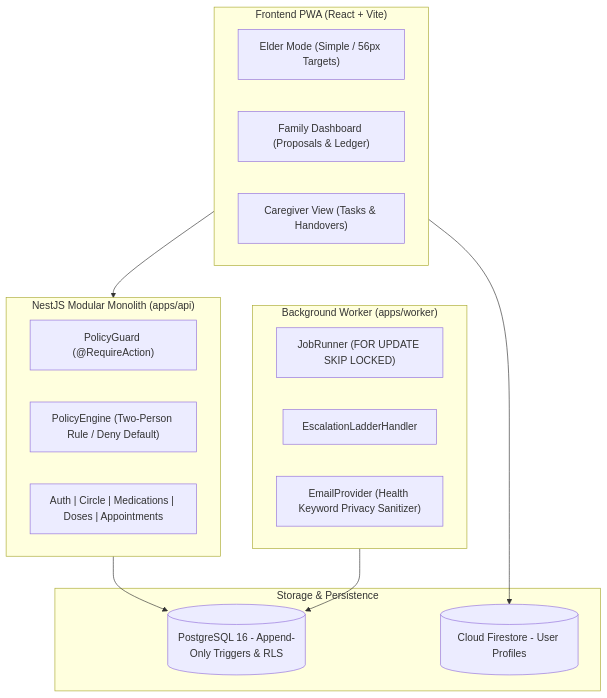
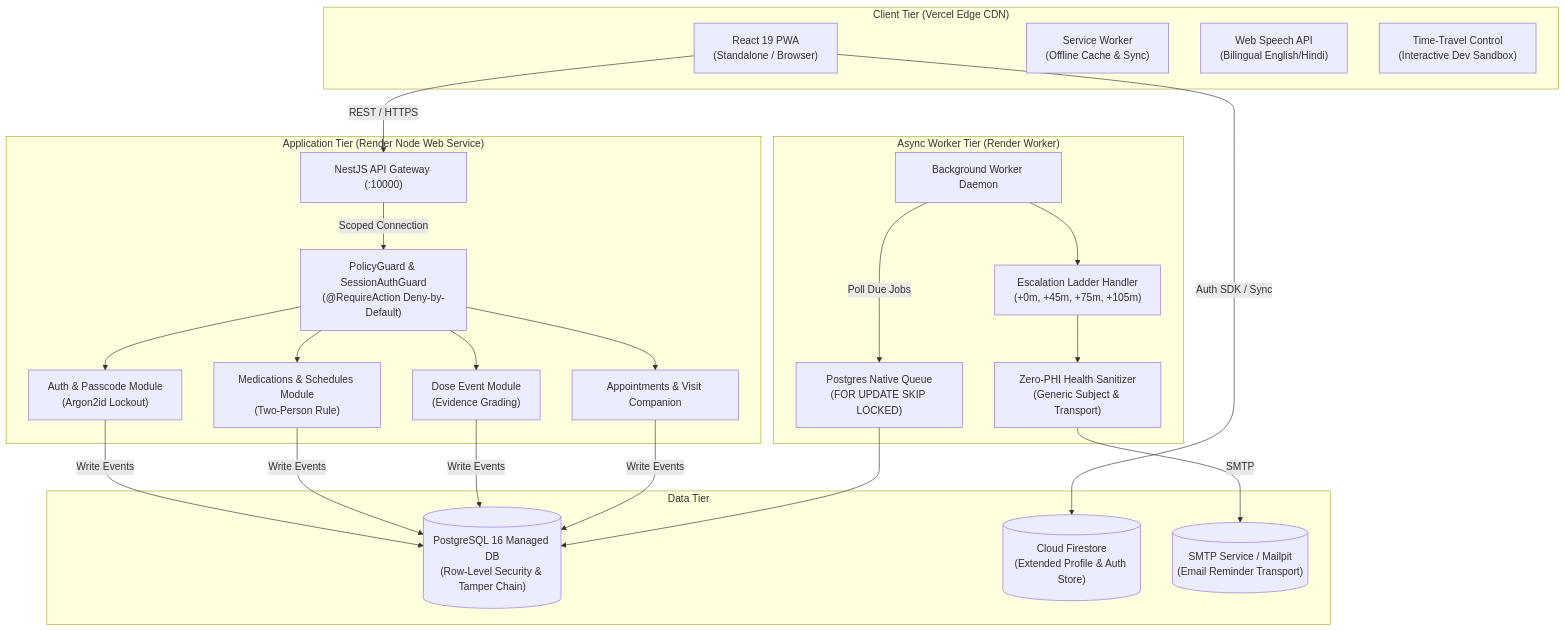
The first of 4 diagrams in README.md (ramakrishnanyadav/ElderCare), drawn with Mermaid before and after one commit. The commit also changed other lines of this file, not shown here.

Commit message:
docs: enrich README.md with comprehensive architecture diagrams, mermaid models, tech badges, and verification matrices

````diff
--- a/README.md
+++ b/README.md
@@ -34,30 +153,40 @@
 ```mermaid
 flowchart TD
-    subgraph Frontend["Frontend PWA (React + Vite)"]
-        Elder["Elder Mode (Simple / 56px Targets)"]
-        Family["Family Dashboard (Proposals & Ledger)"]
-        Caregiver["Caregiver View (Tasks & Handovers)"]
+    subgraph ClientTier["Client Tier (Vercel Edge CDN)"]
+        PWA["React 19 PWA\n(Standalone / Browser)"]
+        SW["Service Worker\n(Offline Cache & Sync)"]
+        Audio["Web Speech API\n(Bilingual English/Hindi)"]
+        Sandbox["Time-Travel Control\n(Interactive Dev Sandbox)"]
     end
 
-    subgraph API["NestJS Modular Monolith (apps/api)"]
-        PolicyGuard["PolicyGuard (@RequireAction)"]
-        PolicyEngine["PolicyEngine (Two-Person Rule / Deny Default)"]
-        Modules["Auth | Circle | Medications | Doses | Appointments"]
+    subgraph APITier["Application Tier (Render Node Web Service)"]
+        Gateway["NestJS API Gateway (:10000)"]
+        PolicyGuard["PolicyGuard & SessionAuthGuard\n(@RequireAction Deny-by-Default)"]
+        AuthMod["Auth & Passcode Module\n(Argon2id Lockout)"]
+        MedMod["Medications & Schedules Module\n(Two-Person Rule)"]
+        DoseMod["Dose Event Module\n(Evidence Grading)"]
+        ApptMod["Appointments & Visit Companion"]
     end
 
-    subgraph Worker["Background Worker (apps/worker)"]
-        JobRunner["JobRunner (FOR UPDATE SKIP LOCKED)"]
-        Escalator["EscalationLadderHandler"]
-        Mailer["EmailProvider (Health Keyword Privacy Sanitizer)"]
+    subgraph WorkerTier["Async Worker Tier (Render Worker)"]
+        WorkerProc["Background Worker Daemon"]
+        Queue["Postgres Native Queue\n(FOR UPDATE SKIP LOCKED)"]
+        Escalator["Escalation Ladder Handler\n(+0m, +45m, +75m, +105m)"]
+        PrivacyFilter["Zero-PHI Health Sanitizer\n(Generic Subject & Transport)"]
     end
 
-    subgraph Storage["Storage & Persistence"]
-        Postgres[(PostgreSQL 16 - Append-Only Triggers & RLS)]
-        Firestore[(Cloud Firestore - User Profiles)]
+    subgraph DataTier["Data Tier"]
+        PG[("PostgreSQL 16 Managed DB\n(Row-Level Security & Tamper Chain)")]
+        Firestore[("Cloud Firestore\n(Extended Profile & Auth Store)")]
+        Mailpit[("SMTP Service / Mailpit\n(Email Reminder Transport)")]
     end
 
-    Frontend --> API
-    API --> Postgres
-    Worker --> Postgres
-    Frontend --> Firestore
+    PWA -->|"REST / HTTPS"| Gateway
+    PWA -->|"Auth SDK / Sync"| Firestore
+    Gateway -->|"Scoped Connection"| PolicyGuard
+    PolicyGuard --> AuthMod & MedMod & DoseMod & ApptMod
+    AuthMod & MedMod & DoseMod & ApptMod -->|"Write Events"| PG
+    WorkerProc -->|"Poll Due Jobs"| Queue
+    Queue --> PG
+    WorkerProc --> Escalator --> PrivacyFilter -->|"SMTP"| Mailpit
 ```
````
